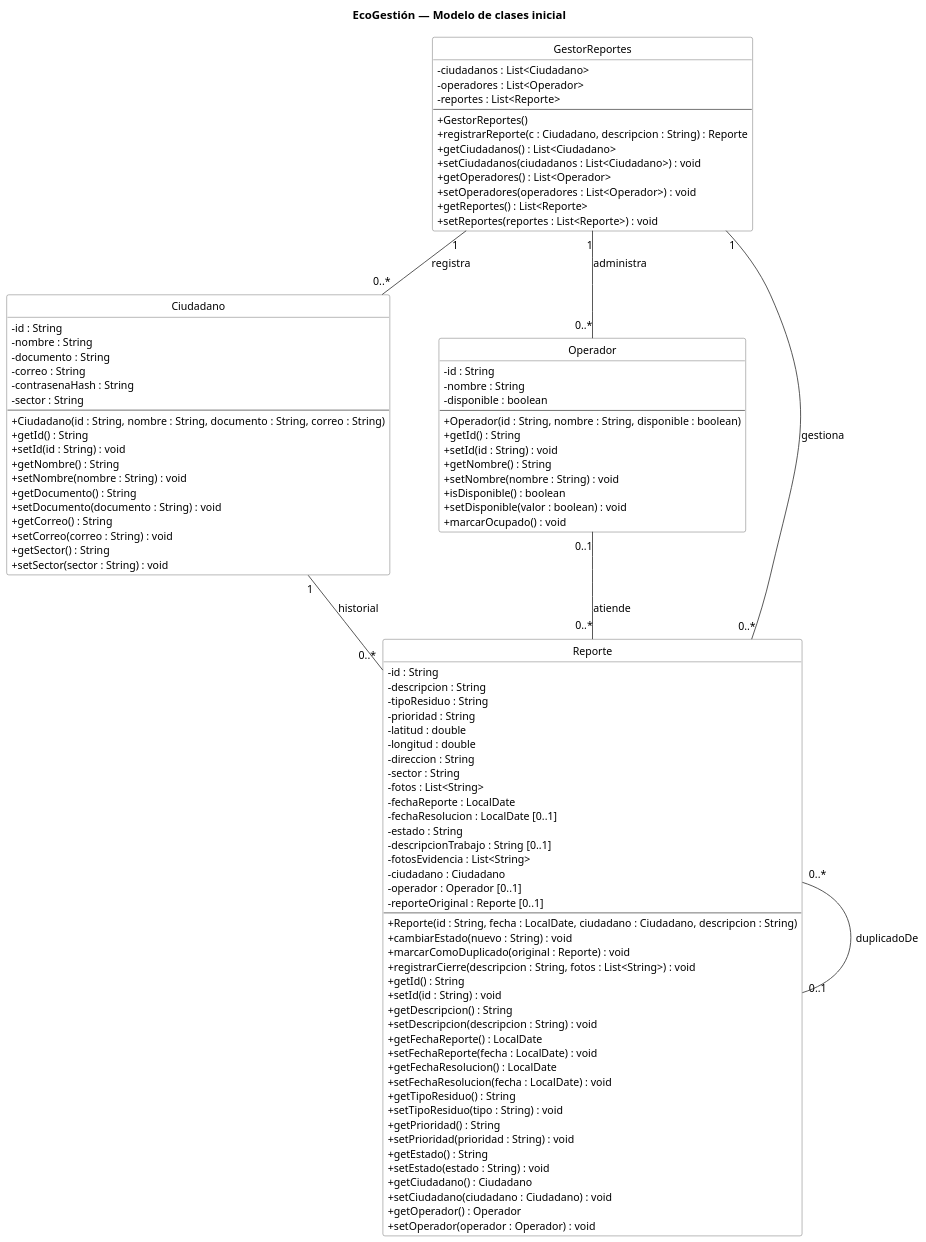
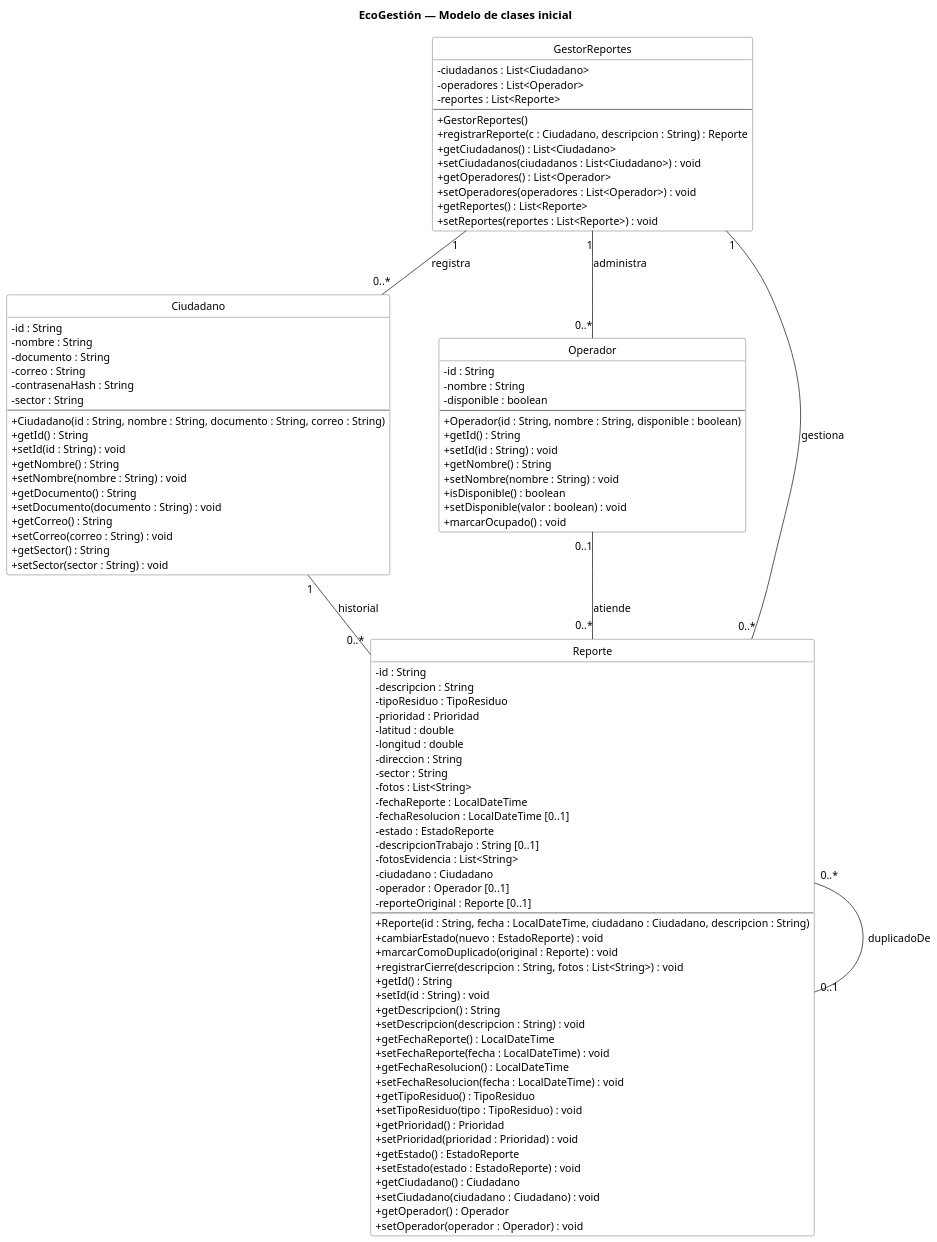
The diagram in docs/diagramas/03-vista-logica.puml (samuelvallejo/trabajo-final-dise-o-de-software-diagramas), drawn with PlantUML before and after one commit. The commit also changed 102 other files, not shown here.

First line of the commit message:
Backend Spring Boot + MongoDB de EcoGestión y diagramas alineados con el código

```diff
--- a/docs/diagramas/03-vista-logica.puml
+++ b/docs/diagramas/03-vista-logica.puml
@@ -1,120 +1,120 @@
 @startuml 03-vista-logica
 ' EcoGestión – Vista lógica: modelo de clases inicial
 ' Persistencia en MongoDB: los id son ObjectId (String).
 skinparam dpi 120
 skinparam defaultFontName Arial
 skinparam defaultFontSize 13
 skinparam shadowing false
 skinparam classAttributeIconSize 0
 skinparam nodesep 60
 skinparam ranksep 60
 skinparam class {
   BackgroundColor #FFFFFF
   BorderColor #555555
   ArrowColor #333333
 }
 hide circle
 hide empty members
 title EcoGestión — Modelo de clases inicial
 
 class GestorReportes {
   - ciudadanos : List<Ciudadano>
   - operadores : List<Operador>
   - reportes : List<Reporte>
   --
   + GestorReportes()
   + registrarReporte(c : Ciudadano, descripcion : String) : Reporte
   + getCiudadanos() : List<Ciudadano>
   + setCiudadanos(ciudadanos : List<Ciudadano>) : void
   + getOperadores() : List<Operador>
   + setOperadores(operadores : List<Operador>) : void
   + getReportes() : List<Reporte>
   + setReportes(reportes : List<Reporte>) : void
 }
 
 class Ciudadano {
   - id : String
   - nombre : String
   - documento : String
   - correo : String
   - contrasenaHash : String
   - sector : String
   --
   + Ciudadano(id : String, nombre : String, documento : String, correo : String)
   + getId() : String
   + setId(id : String) : void
   + getNombre() : String
   + setNombre(nombre : String) : void
   + getDocumento() : String
   + setDocumento(documento : String) : void
   + getCorreo() : String
   + setCorreo(correo : String) : void
   + getSector() : String
   + setSector(sector : String) : void
 }
 
 class Operador {
   - id : String
   - nombre : String
   - disponible : boolean
   --
   + Operador(id : String, nombre : String, disponible : boolean)
   + getId() : String
   + setId(id : String) : void
   + getNombre() : String
   + setNombre(nombre : String) : void
   + isDisponible() : boolean
   + setDisponible(valor : boolean) : void
   + marcarOcupado() : void
 }
 
 class Reporte {
   - id : String
   - descripcion : String
-  - tipoResiduo : String
-  - prioridad : String
+  - tipoResiduo : TipoResiduo
+  - prioridad : Prioridad
   - latitud : double
   - longitud : double
   - direccion : String
   - sector : String
   - fotos : List<String>
-  - fechaReporte : LocalDate
-  - fechaResolucion : LocalDate [0..1]
-  - estado : String
+  - fechaReporte : LocalDateTime
+  - fechaResolucion : LocalDateTime [0..1]
+  - estado : EstadoReporte
   - descripcionTrabajo : String [0..1]
   - fotosEvidencia : List<String>
   - ciudadano : Ciudadano
   - operador : Operador [0..1]
   - reporteOriginal : Reporte [0..1]
   --
-  + Reporte(id : String, fecha : LocalDate, ciudadano : Ciudadano, descripcion : String)
-  + cambiarEstado(nuevo : String) : void
+  + Reporte(id : String, fecha : LocalDateTime, ciudadano : Ciudadano, descripcion : String)
+  + cambiarEstado(nuevo : EstadoReporte) : void
   + marcarComoDuplicado(original : Reporte) : void
   + registrarCierre(descripcion : String, fotos : List<String>) : void
   + getId() : String
   + setId(id : String) : void
   + getDescripcion() : String
   + setDescripcion(descripcion : String) : void
-  + getFechaReporte() : LocalDate
-  + setFechaReporte(fecha : LocalDate) : void
-  + getFechaResolucion() : LocalDate
-  + setFechaResolucion(fecha : LocalDate) : void
-  + getTipoResiduo() : String
-  + setTipoResiduo(tipo : String) : void
-  + getPrioridad() : String
-  + setPrioridad(prioridad : String) : void
-  + getEstado() : String
-  + setEstado(estado : String) : void
+  + getFechaReporte() : LocalDateTime
+  + setFechaReporte(fecha : LocalDateTime) : void
+  + getFechaResolucion() : LocalDateTime
+  + setFechaResolucion(fecha : LocalDateTime) : void
+  + getTipoResiduo() : TipoResiduo
+  + setTipoResiduo(tipo : TipoResiduo) : void
+  + getPrioridad() : Prioridad
+  + setPrioridad(prioridad : Prioridad) : void
+  + getEstado() : EstadoReporte
+  + setEstado(estado : EstadoReporte) : void
   + getCiudadano() : Ciudadano
   + setCiudadano(ciudadano : Ciudadano) : void
   + getOperador() : Operador
   + setOperador(operador : Operador) : void
 }
 
 GestorReportes "1" -- "0..*" Ciudadano : registra
 GestorReportes "1" -- "0..*" Operador : administra
 GestorReportes "1" -- "0..*" Reporte : gestiona
 Ciudadano "1" -- "0..*" Reporte : historial
 Operador "0..1" -- "0..*" Reporte : atiende
 Reporte "0..*" -- "0..1" Reporte : duplicadoDe
 @enduml
```
